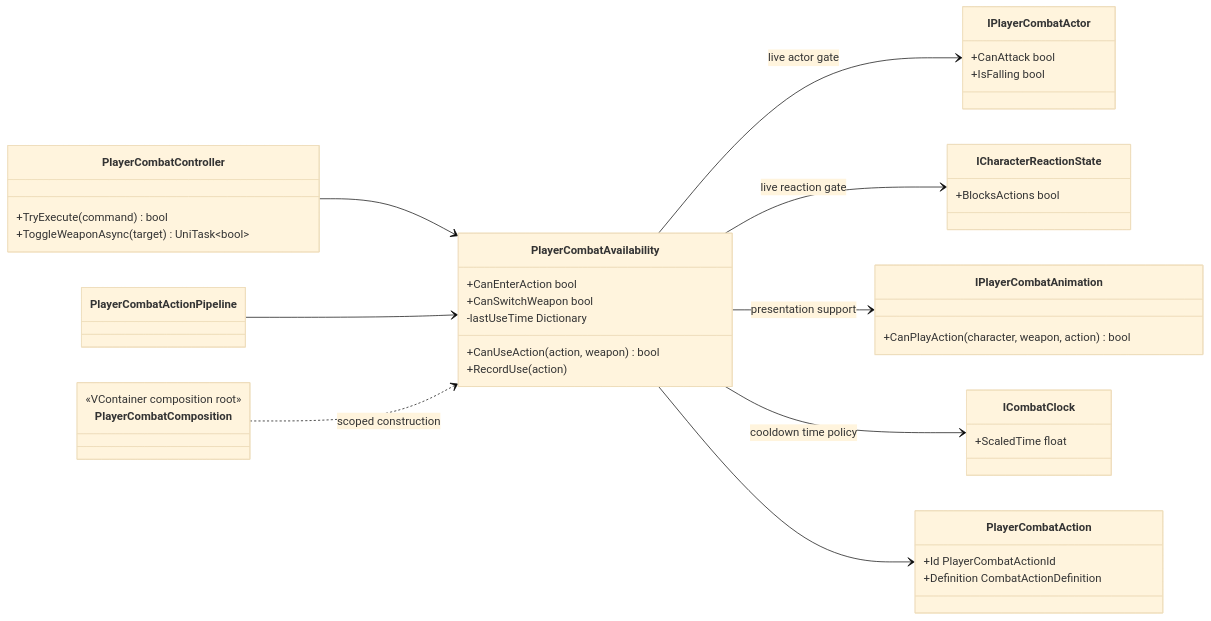
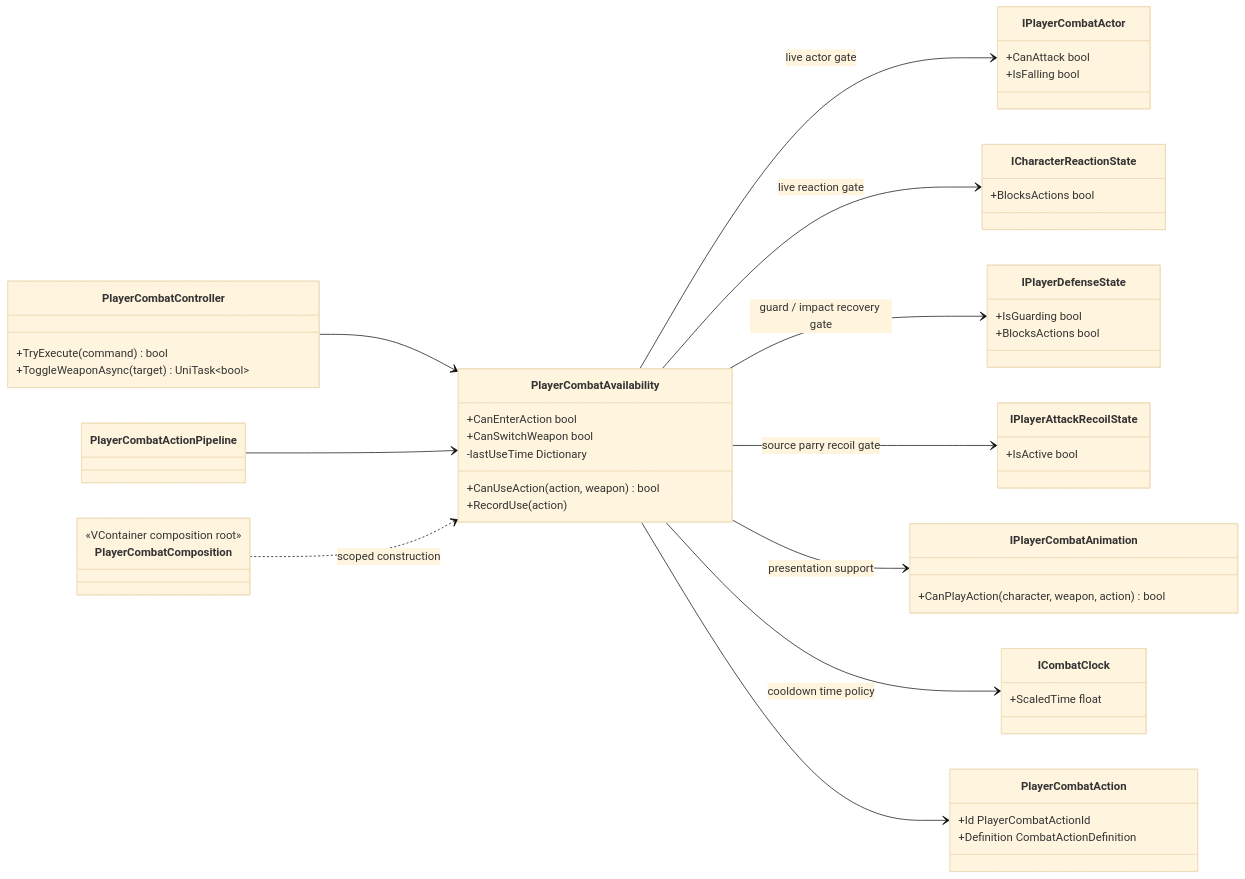
The diagram in Docs/Architecture/Combat.ActionAvailability.md (MaximFonariuc/project-s), drawn with Mermaid (base theme) before and after one commit. The commit also changed other lines of this file and 2 other files, not shown here.

Commit message:
docs(combat): document defense state boundary

````diff
--- a/Docs/Architecture/Combat.ActionAvailability.md
+++ b/Docs/Architecture/Combat.ActionAvailability.md
@@ -18,46 +18,55 @@
 ```mermaid
 classDiagram
     direction LR
 
     class PlayerCombatController {
         +TryExecute(command) bool
         +ToggleWeaponAsync(target) UniTask~bool~
     }
     class PlayerCombatActionPipeline
     class PlayerCombatAvailability {
         +CanEnterAction bool
         +CanSwitchWeapon bool
         +CanUseAction(action, weapon) bool
         +RecordUse(action)
         -lastUseTime Dictionary
     }
     class IPlayerCombatActor {
         +CanAttack bool
         +IsFalling bool
     }
     class ICharacterReactionState {
         +BlocksActions bool
     }
+    class IPlayerDefenseState {
+        +IsGuarding bool
+        +BlocksActions bool
+    }
+    class IPlayerAttackRecoilState {
+        +IsActive bool
+    }
     class IPlayerCombatAnimation {
         +CanPlayAction(character, weapon, action) bool
     }
     class ICombatClock {
         +ScaledTime float
     }
     class PlayerCombatAction {
         +Id PlayerCombatActionId
         +Definition CombatActionDefinition
     }
     class PlayerCombatComposition {
         <<VContainer composition root>>
     }
 
     PlayerCombatController --> PlayerCombatAvailability
     PlayerCombatActionPipeline --> PlayerCombatAvailability
     PlayerCombatAvailability --> IPlayerCombatActor : live actor gate
     PlayerCombatAvailability --> ICharacterReactionState : live reaction gate
+    PlayerCombatAvailability --> IPlayerDefenseState : guard / impact recovery gate
+    PlayerCombatAvailability --> IPlayerAttackRecoilState : source parry recoil gate
     PlayerCombatAvailability --> IPlayerCombatAnimation : presentation support
     PlayerCombatAvailability --> ICombatClock : cooldown time policy
     PlayerCombatAvailability --> PlayerCombatAction
     PlayerCombatComposition ..> PlayerCombatAvailability : scoped construction
 ```
````
